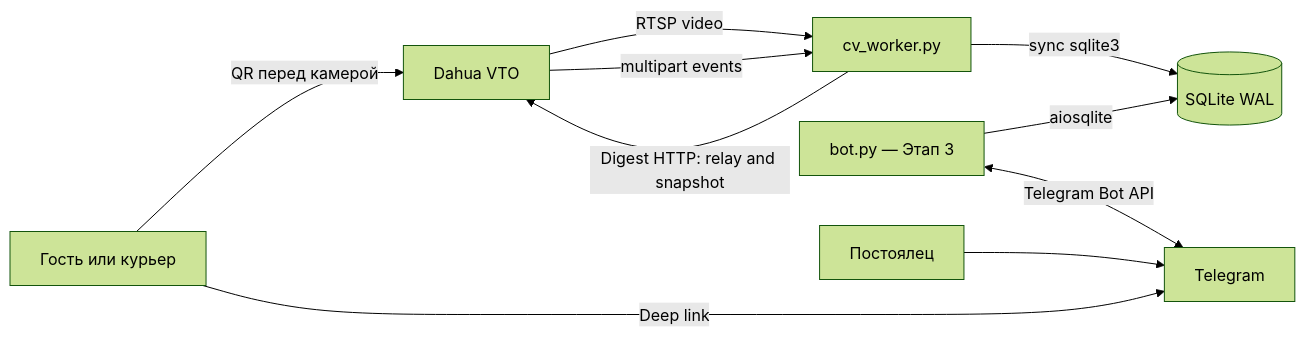
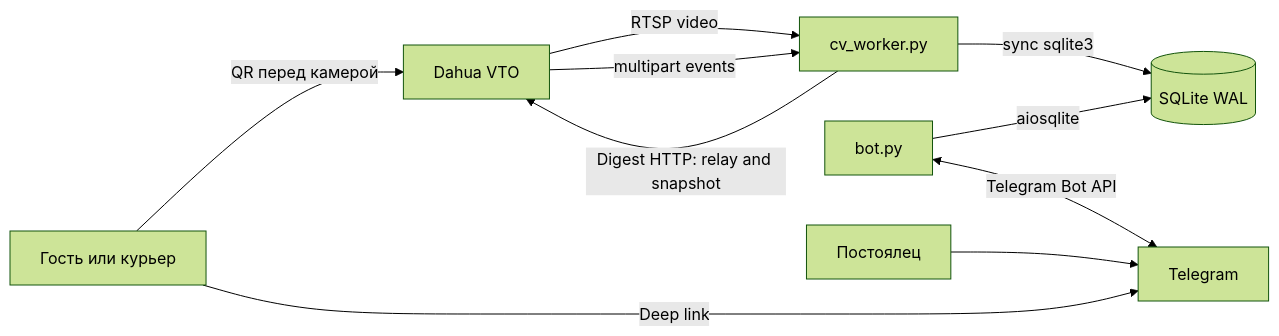
One commit to zxcmontero/door changed the diagram in README.md. Above: the diagram before and after it, drawn with Mermaid (forest theme). The commit also changed other lines of this file and 6 other files, not shown here.

````diff
--- a/README.md
+++ b/README.md
@@ -29,20 +31,20 @@
 ```mermaid
 flowchart LR
     VTO[Dahua VTO]
     CV[cv_worker.py]
     DB[(SQLite WAL)]
-    BOT[bot.py — Этап 3]
+    BOT[bot.py]
     TG[Telegram]
     RES[Постоялец]
     GUEST[Гость или курьер]
 
     VTO -->|RTSP video| CV
     VTO -->|multipart events| CV
     CV -->|Digest HTTP: relay and snapshot| VTO
     CV -->|sync sqlite3| DB
     BOT -->|aiosqlite| DB
     BOT <-->|Telegram Bot API| TG
     RES --> TG
     GUEST -->|QR перед камерой| VTO
     GUEST -->|Deep link| TG
 ```
````
